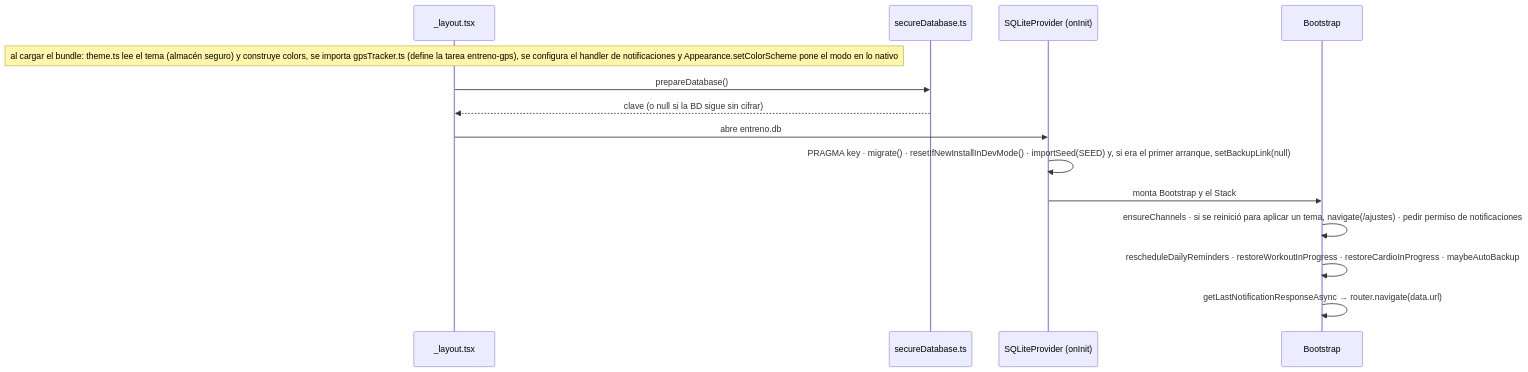
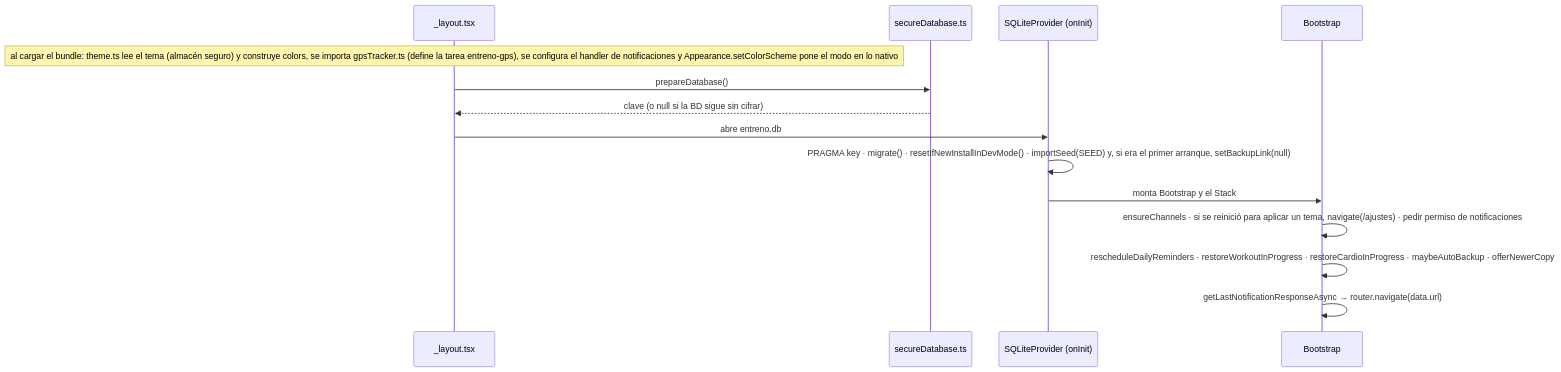
One commit to fabgs/asistente-entrenamiento changed the second of 11 diagrams in ARCHITECTURE.md. Above: the diagram before and after it, drawn with Mermaid. The commit also changed other lines of this file and 32 other files, not shown here.

````diff
--- a/ARCHITECTURE.md
+++ b/ARCHITECTURE.md
@@ -95,16 +95,16 @@
 ```mermaid
 sequenceDiagram
   participant L as _layout.tsx
   participant S as secureDatabase.ts
   participant P as SQLiteProvider (onInit)
   participant B as Bootstrap
   Note over L: al cargar el bundle: theme.ts lee el tema (almacén seguro) y construye colors, se importa gpsTracker.ts (define la tarea entreno-gps), se configura el handler de notificaciones y Appearance.setColorScheme pone el modo en lo nativo
   L->>S: prepareDatabase()
   S-->>L: clave (o null si la BD sigue sin cifrar)
   L->>P: abre entreno.db
   P->>P: PRAGMA key · migrate() · resetIfNewInstallInDevMode() · importSeed(SEED) y, si era el primer arranque, setBackupLink(null)
   P->>B: monta Bootstrap y el Stack
   B->>B: ensureChannels · si se reinició para aplicar un tema, navigate(/ajustes) · pedir permiso de notificaciones
-  B->>B: rescheduleDailyReminders · restoreWorkoutInProgress · restoreCardioInProgress · maybeAutoBackup
+  B->>B: rescheduleDailyReminders · restoreWorkoutInProgress · restoreCardioInProgress · maybeAutoBackup · offerNewerCopy
   B->>B: getLastNotificationResponseAsync → router.navigate(data.url)
 ```
````
